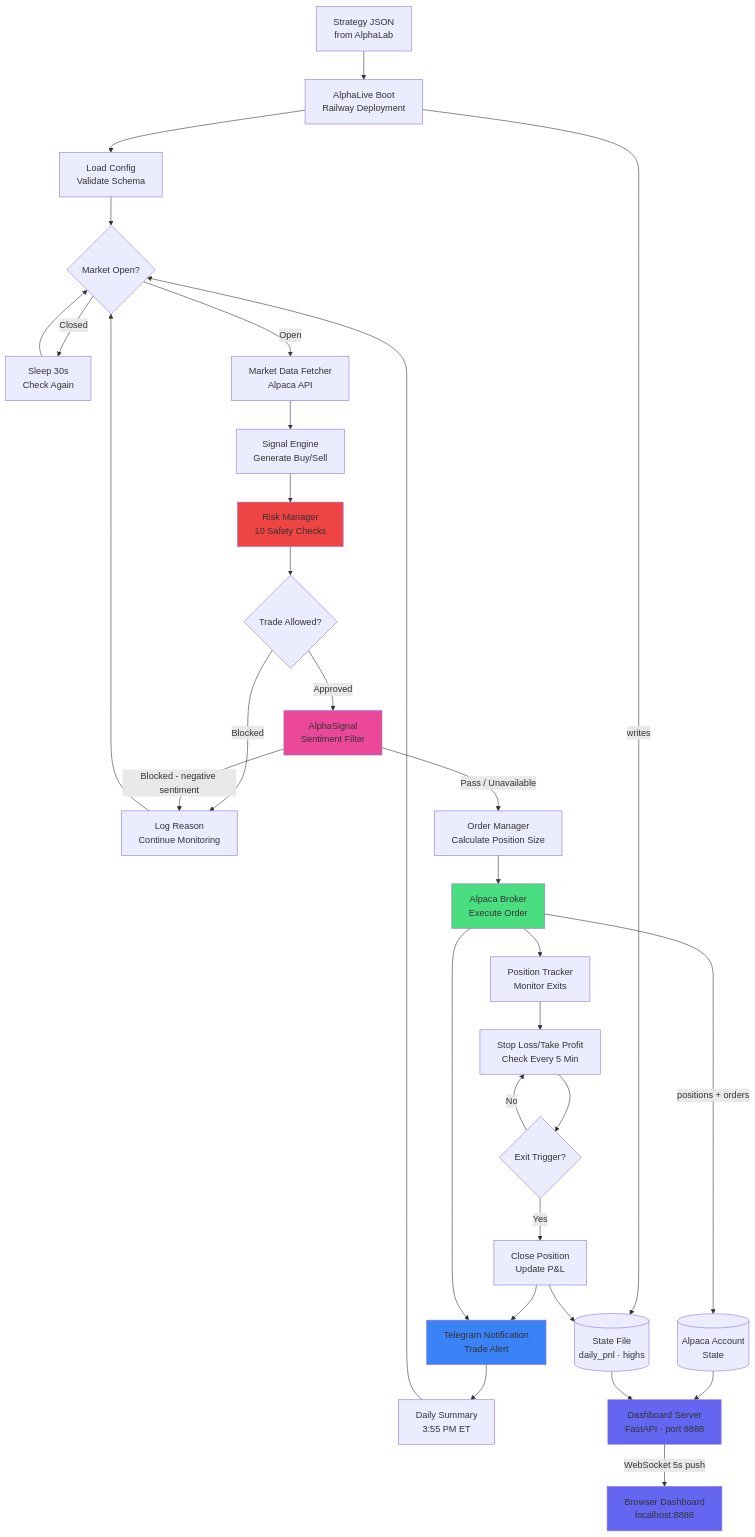
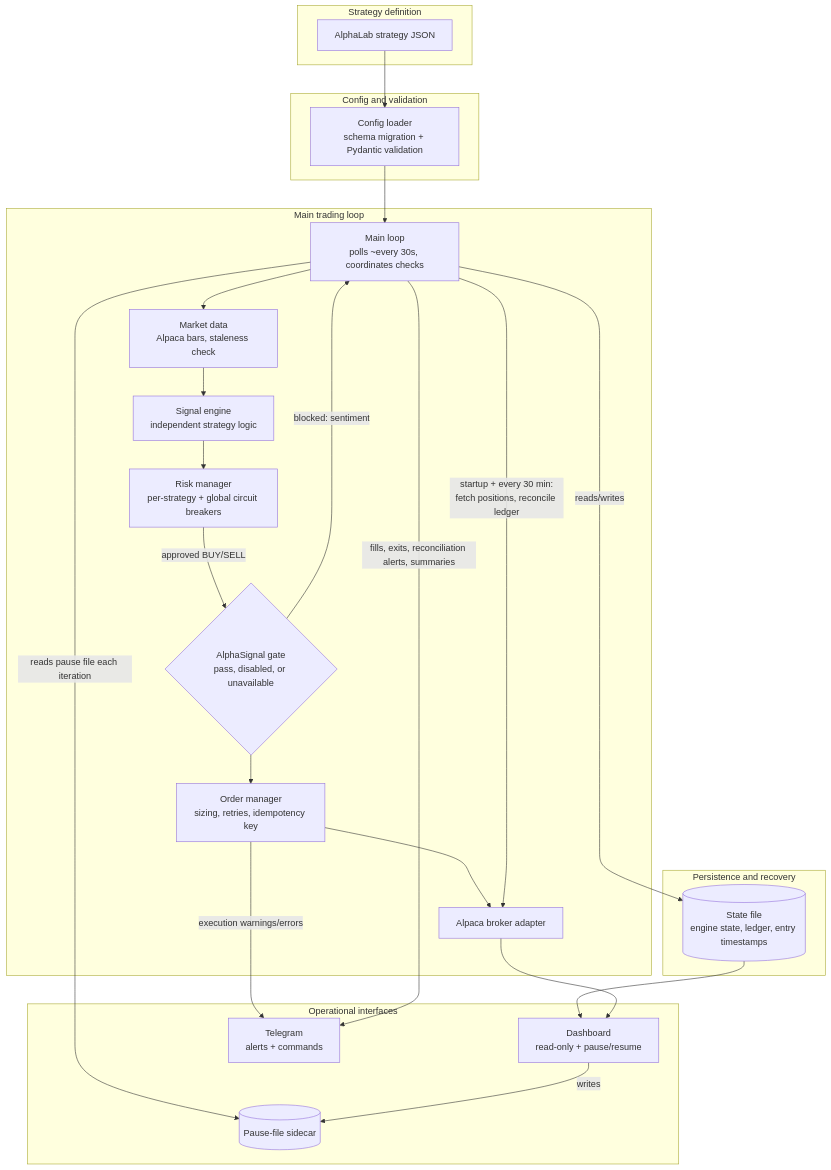
One commit to bernardoguterres/AlphaLive changed the first of 2 diagrams in README.md. Above: the diagram before and after it, drawn with Mermaid. The commit also changed other lines of this file, not shown here.

````diff
--- a/README.md
+++ b/README.md
@@ -252,41 +42,45 @@
 ```mermaid
-flowchart TD
-    A[Strategy JSON<br/>from AlphaLab] --> B[AlphaLive Boot<br/>Railway Deployment]
-    B --> C[Load Config<br/>Validate Schema]
-    C --> D{Market Open?}
-    D -->|Closed| E[Sleep 30s<br/>Check Again]
-    E --> D
-    D -->|Open| F[Market Data Fetcher<br/>Alpaca API]
-    F --> G[Signal Engine<br/>Generate Buy/Sell]
-    G --> H[Risk Manager<br/>10 Safety Checks]
-    H --> I{Trade Allowed?}
-    I -->|Blocked| J[Log Reason<br/>Continue Monitoring]
-    I -->|Approved| AS[AlphaSignal<br/>Sentiment Filter]
-    AS -->|Pass / Unavailable| K[Order Manager<br/>Calculate Position Size]
-    AS -->|Blocked - negative sentiment| J
-    K --> L[Alpaca Broker<br/>Execute Order]
-    L --> M[Position Tracker<br/>Monitor Exits]
-    M --> N[Stop Loss/Take Profit<br/>Check Every 5 Min]
-    N --> O{Exit Trigger?}
-    O -->|Yes| P[Close Position<br/>Update P&L]
-    O -->|No| N
-    P --> Q[Telegram Notification<br/>Trade Alert]
-    L --> Q
-    Q --> R[Daily Summary<br/>3:55 PM ET]
-    R --> D
-    J --> D
+flowchart TB
+    subgraph INPUT["Strategy definition"]
+        JSON[AlphaLab strategy JSON]
+    end
 
-    L -->|positions + orders| S[(Alpaca Account<br/>State)]
-    B -->|writes| T[(State File<br/>daily_pnl · highs)]
-    P --> T
-    S --> U[Dashboard Server<br/>FastAPI · port 8888]
-    T --> U
-    U -->|WebSocket 5s push| V[Browser Dashboard<br/>localhost:8888]
+    subgraph BOOT["Config and validation"]
+        CFG[Config loader<br/>schema migration + Pydantic validation]
+    end
 
-    style H fill:#ef4444
-    style AS fill:#ec4899
-    style L fill:#4ade80
-    style Q fill:#3b82f6
-    style U fill:#6366f1
-    style V fill:#6366f1
+    subgraph LOOP["Main trading loop"]
+        MAIN[Main loop<br/>polls ~every 30s, coordinates checks]
+        MD[Market data<br/>Alpaca bars, staleness check]
+        SIG[Signal engine<br/>independent strategy logic]
+        RISK[Risk manager<br/>per-strategy + global circuit breakers]
+        GATE{AlphaSignal gate<br/>pass, disabled, or unavailable}
+        OM[Order manager<br/>sizing, retries, idempotency key]
+        BROKER[Alpaca broker adapter]
+    end
+
+    subgraph PERSIST["Persistence and recovery"]
+        STATE[(State file<br/>engine state, ledger, entry timestamps)]
+    end
+
+    subgraph OPS["Operational interfaces"]
+        DASH[Dashboard<br/>read-only + pause/resume]
+        PAUSEFILE[(Pause-file sidecar)]
+        TG[Telegram<br/>alerts + commands]
+    end
+
+    JSON --> CFG --> MAIN
+    MAIN --> MD --> SIG --> RISK
+    RISK -->|approved BUY/SELL| GATE
+    GATE -->|blocked: sentiment| MAIN
+    GATE --> OM
+    OM --> BROKER
+    OM -->|execution warnings/errors| TG
+    MAIN -->|fills, exits, reconciliation alerts, summaries| TG
+    MAIN -->|reads pause file each iteration| PAUSEFILE
+    DASH -->|writes| PAUSEFILE
+    MAIN -->|reads/writes| STATE
+    MAIN -->|startup + every 30 min:<br/>fetch positions, reconcile ledger| BROKER
+    STATE --> DASH
+    BROKER --> DASH
 ```
````
